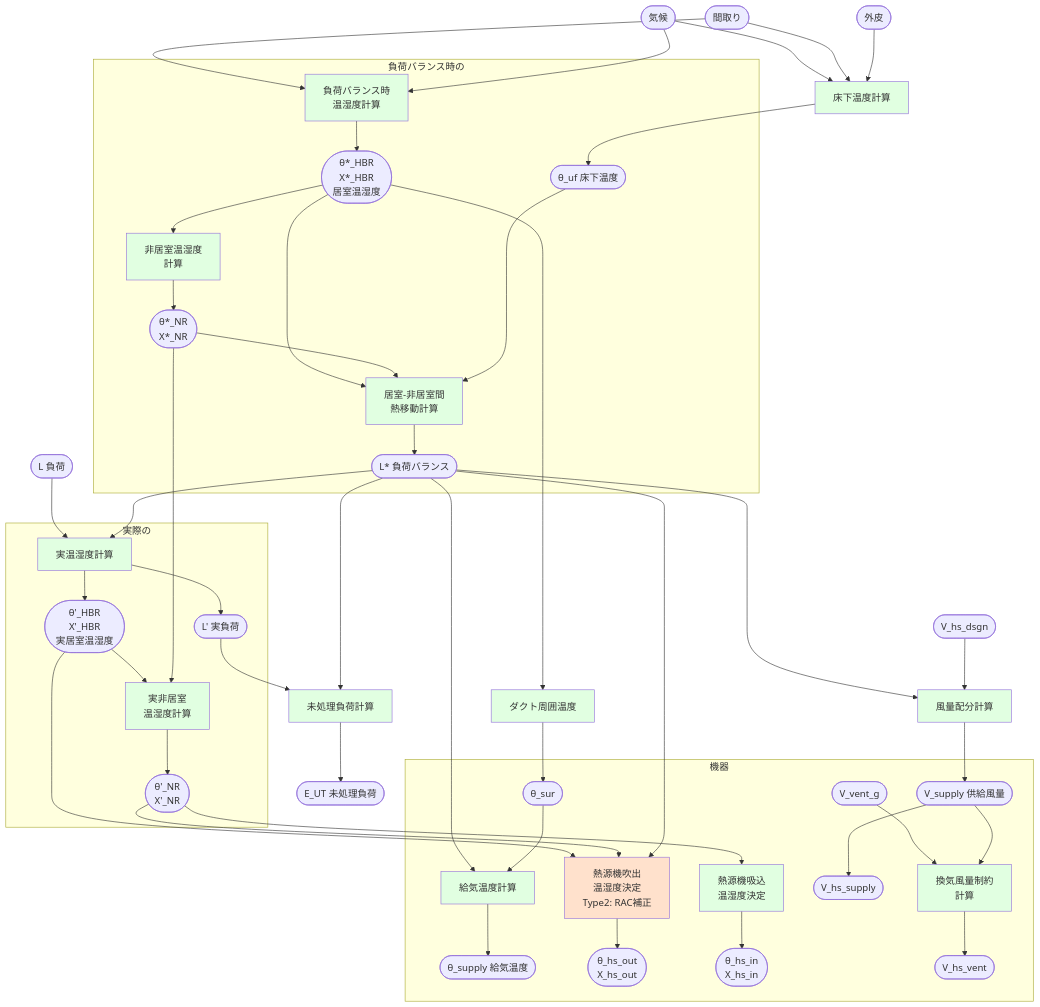
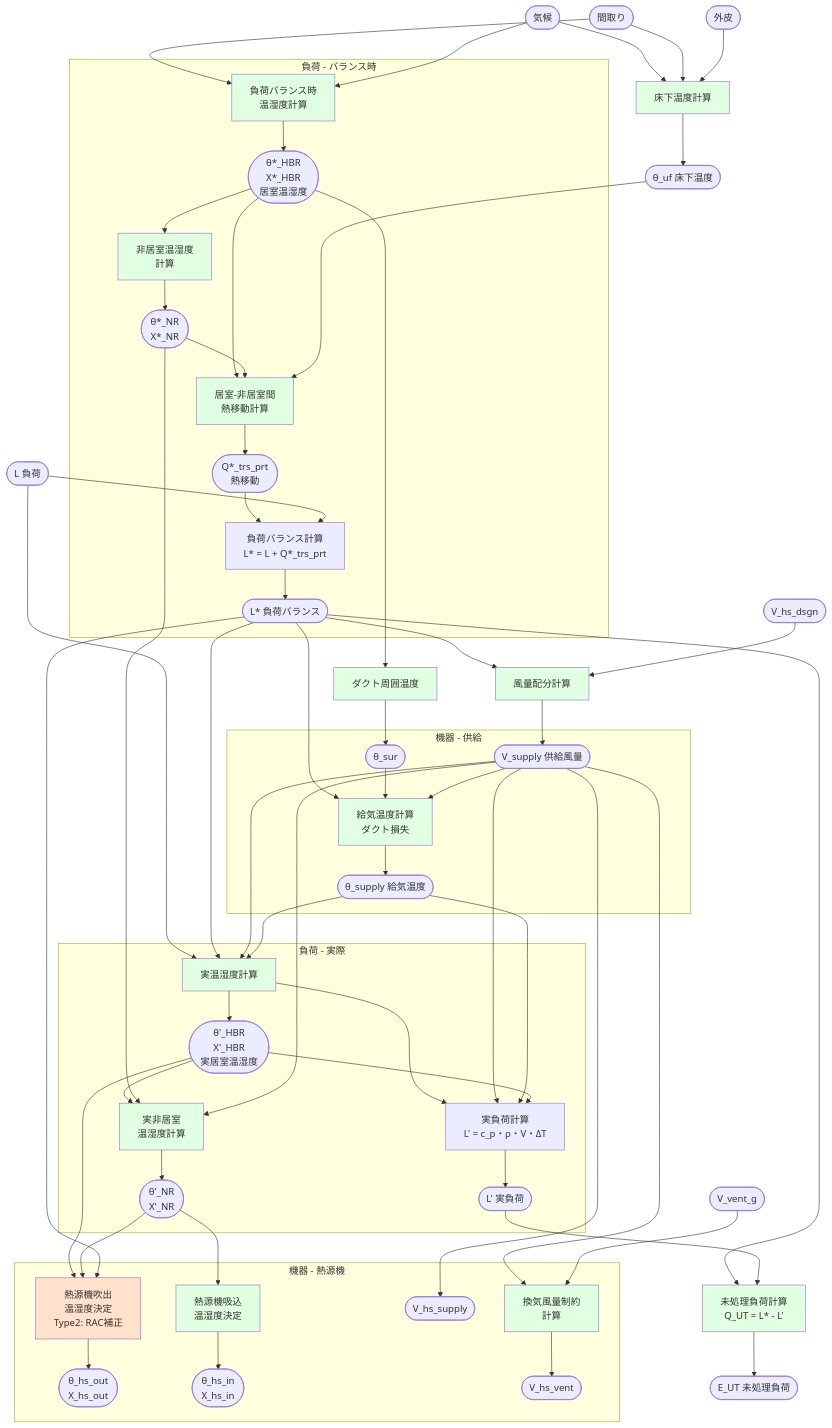
The third of 6 diagrams in src/docs/プロセスモデル_消費電力計算_標準.md (izumi-system-development/pyhees-jjj), drawn with Mermaid before and after one commit.

```diff
--- a/src/docs/プロセスモデル_消費電力計算_標準.md
+++ b/src/docs/プロセスモデル_消費電力計算_標準.md
@@ -181,32 +181,20 @@
 House --> BalCalc[負荷バランス時<br/>温湿度計算]
 Clima --> BalCalc
 
-subgraph 負荷バランス時の
+subgraph 負荷 - バランス時
     BalCalc --> Theta_star([θ*_HBR<br/>X*_HBR<br/>居室温湿度])
     Theta_star --> NR_star[非居室温湿度<br/>計算]
     NR_star --> Theta_NR_star([θ*_NR<br/>X*_NR])
 
     Theta_star --> Trans[居室-非居室間<br/>熱移動計算]
     Theta_NR_star --> Trans
-    Theta_uf --> Trans
-    Trans --> L_bal([L* 負荷バランス])
+    Trans --> Q_trs([Q*_trs_prt<br/>熱移動])
+
+    Q_trs --> L_bal_calc[負荷バランス計算<br/>L* = L + Q*_trs_prt]
+    L_bal_calc --> L_bal([L* 負荷バランス])
 end
-
-L --> ActCalc[実温湿度計算]
-L_bal --> ActCalc
-
-subgraph 実際の
-    ActCalc --> Theta_dash([θ'_HBR<br/>X'_HBR<br/>実居室温湿度])
-    ActCalc --> L_dash([L' 実負荷])
-    Theta_dash --> NR_dash[実非居室<br/>温湿度計算]
-    Theta_NR_star --> NR_dash
-    NR_dash --> Theta_NR_dash([θ'_NR<br/>X'_NR])
-end
-
-%% 未処理負荷
-L_bal --> UT[未処理負荷計算]
-L_dash --> UT
-UT --> Q_UT([E_UT 未処理負荷])
+Theta_uf --> Trans
+L --> L_bal_calc
 
 L_bal --> Vol[風量配分計算]
 V_dsgn --> Vol
@@ -215,11 +203,38 @@
 Theta_star --> Duct[ダクト周囲温度]
 Duct --> Theta_sur([θ_sur])
 
-subgraph 機器
-    L_bal --> Temp[給気温度計算]
+subgraph 機器 - 供給
+    L_bal --> Temp[給気温度計算<br/>ダクト損失]
     Theta_sur --> Temp
+    V_sup --> Temp
     Temp --> Theta_supply([θ_supply 給気温度])
+end
 
+L --> ActCalc[実温湿度計算]
+L_bal --> ActCalc
+V_sup --> ActCalc
+Theta_supply --> ActCalc
+
+subgraph 負荷 - 実際
+    ActCalc --> Theta_dash([θ'_HBR<br/>X'_HBR<br/>実居室温湿度])
+    Theta_dash --> NR_dash[実非居室<br/>温湿度計算]
+    Theta_NR_star --> NR_dash
+    V_sup --> NR_dash
+    NR_dash --> Theta_NR_dash([θ'_NR<br/>X'_NR])
+
+    ActCalc --> L_dash_calc[実負荷計算<br/>L' = c_p・ρ・V・ΔT]
+    V_sup --> L_dash_calc
+    Theta_supply --> L_dash_calc
+    Theta_dash --> L_dash_calc
+    L_dash_calc --> L_dash([L' 実負荷])
+end
+
+%% 未処理負荷
+L_bal --> UT[未処理負荷計算<br/>Q_UT = L* - L']
+L_dash --> UT
+UT --> Q_UT([E_UT 未処理負荷])
+
+subgraph 機器 - 熱源機
     Theta_dash --> HsOut[熱源機吹出<br/>温湿度決定<br/>Type2: RAC補正]
     Theta_NR_dash --> HsOut
     L_bal --> HsOut
@@ -230,10 +245,10 @@
 
     V_sup --> V_hs_sup([V_hs_supply])
 
-    V_vent --> VentCalc[換気風量制約<br/>計算]
-    V_sup --> VentCalc
+    V_sup --> VentCalc[換気風量制約<br/>計算]
     VentCalc --> V_hs_vent([V_hs_vent])
 end
+V_vent --> VentCalc
 
 style Uf fill:#e1ffe1
 style BalCalc fill:#e1ffe1
```
